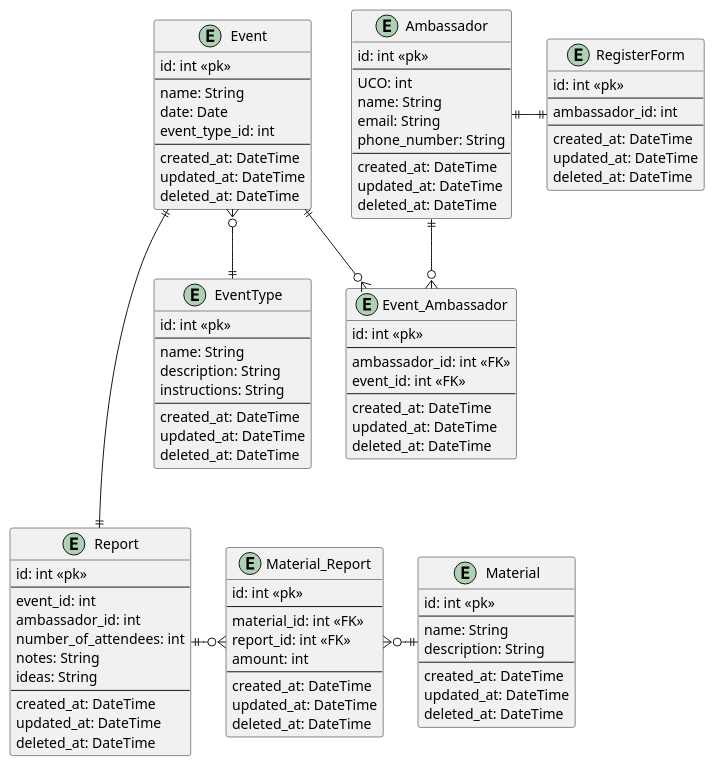
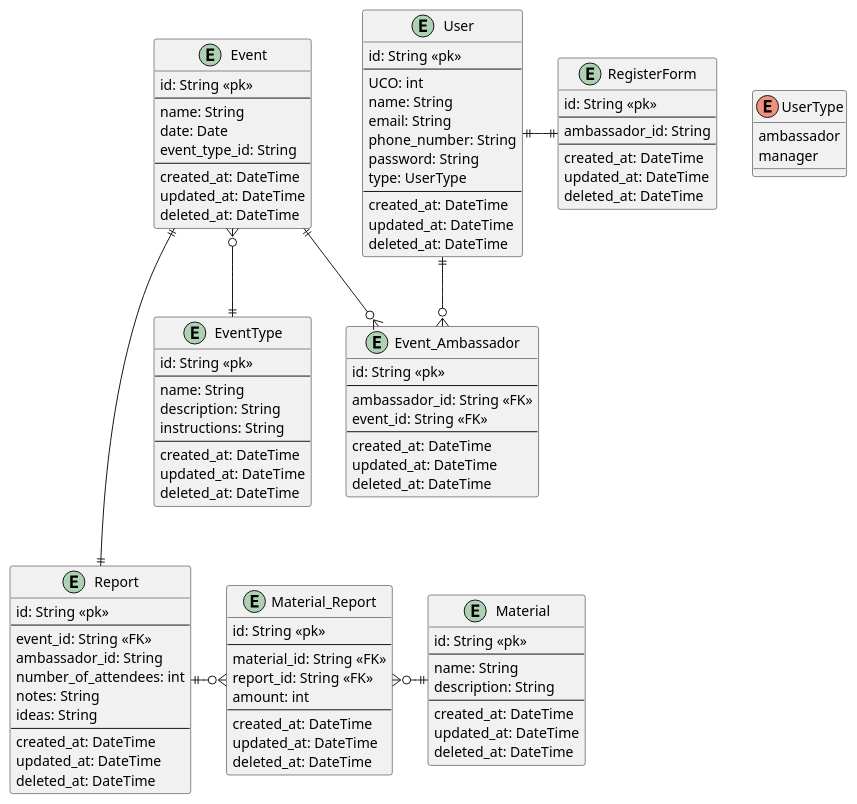
Before and after one commit to barhorkaa/ambassadors: the diagram in diagrams/erd.puml, drawn with PlantUML.

Commit message:
fix(erd): updated erd to reflect the changes in database

```diff
--- a/diagrams/erd.puml
+++ b/diagrams/erd.puml
@@ -1,118 +1,117 @@
 @startuml
 'https://plantuml.com/entity-diagram
 
 entity RegisterForm {
-  id: int <<pk>>
+  id: String <<pk>>
   --
-  ambassador_id: int
+  ambassador_id: String
   'answers
   --
   created_at: DateTime
   updated_at: DateTime
   deleted_at: DateTime
 }
 
-entity Ambassador {
-  id: int <<pk>>
+entity User {
+  id: String <<pk>>
   --
   UCO: int
   name: String
   email: String
   phone_number: String
+  password: String
+  type: UserType
   --
   created_at: DateTime
   updated_at: DateTime
   deleted_at: DateTime
 }
 
+enum UserType {
+  ambassador
+  manager
+}
+
 entity Event {
-  id: int <<pk>>
+  id: String <<pk>>
   --
   name: String
   date: Date
-  event_type_id: int
+  event_type_id: String
   --
   created_at: DateTime
   updated_at: DateTime
   deleted_at: DateTime
 }
 
 entity EventType {
-  id: int <<pk>>
+  id: String <<pk>>
   --
   name: String
   description: String
   instructions: String
   --
   created_at: DateTime
   updated_at: DateTime
   deleted_at: DateTime
 }
 
 entity Event_Ambassador {
-  id: int <<pk>>
+  id: String <<pk>>
   --
-  ambassador_id: int <<FK>>
-  event_id: int <<FK>>
+  ambassador_id: String <<FK>>
+  event_id: String <<FK>>
   --
   created_at: DateTime
   updated_at: DateTime
   deleted_at: DateTime
 }
 
 entity Report {
-  id: int <<pk>>
+  id: String <<pk>>
   --
-  event_id: int
-  ambassador_id: int
+  event_id: String <<FK>>
+  ambassador_id: String
   number_of_attendees: int
 'photos
   notes: String
   ideas: String
   --
   created_at: DateTime
   updated_at: DateTime
   deleted_at: DateTime
 }
 
-'enum EventTypes {
-'  SCHOOL
-'  EXPO
-'  OPENDAY
-'  GAUDEAMUS
-'  ...
-'}
-
 entity Material_Report {
-  id: int <<pk>>
+  id: String <<pk>>
   --
-  material_id: int <<FK>>
-  report_id: int <<FK>>
+  material_id: String <<FK>>
+  report_id: String <<FK>>
   amount: int
   --
   created_at: DateTime
   updated_at: DateTime
   deleted_at: DateTime
 }
 
 entity Material {
-  id: int <<pk>>
+  id: String <<pk>>
   --
   name: String
   description: String
   --
   created_at: DateTime
   updated_at: DateTime
   deleted_at: DateTime
 }
 
 Report ||-o{ Material_Report
 Material_Report }o-|| Material
 Event ||---|| Report
 
-Ambassador ||-|| RegisterForm
-Ambassador ||--o{ Event_Ambassador
+User ||-|| RegisterForm
+User ||--o{ Event_Ambassador
 Event ||--o{ Event_Ambassador
 Event }o--|| EventType
 
 @enduml
```
